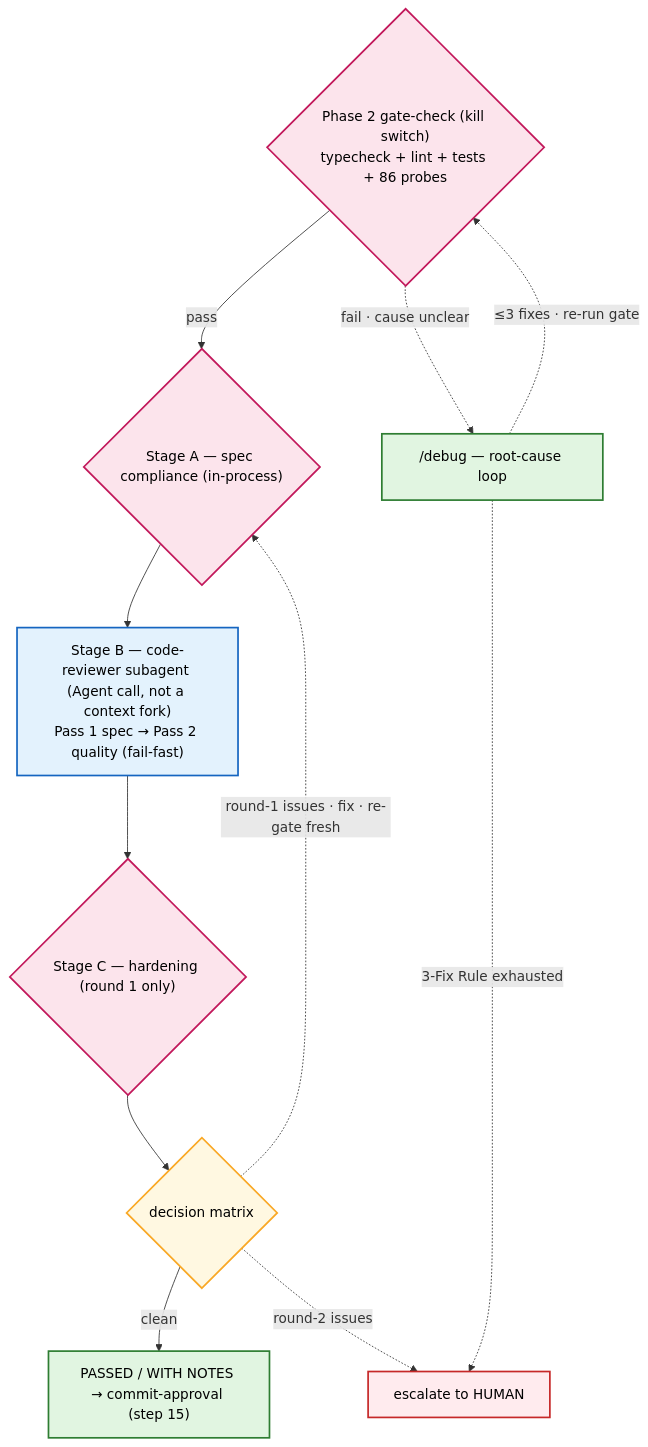
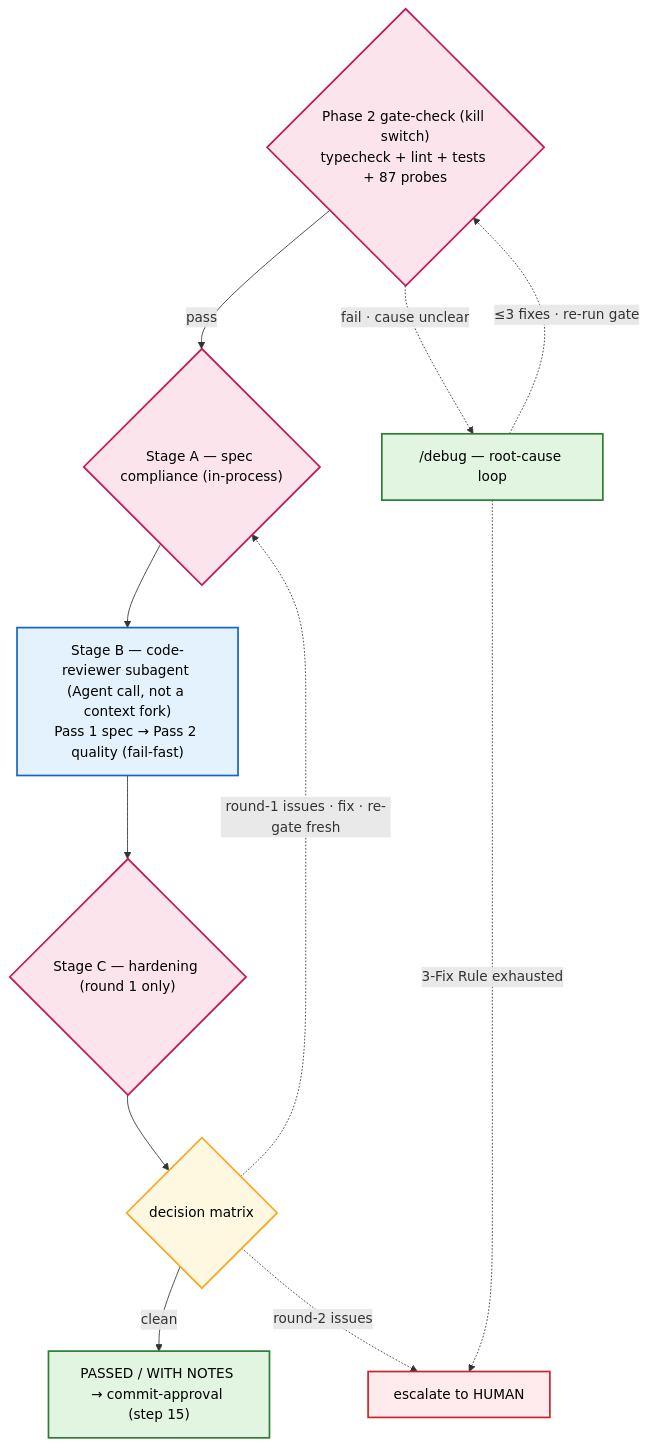
Before and after one commit to nesquikm/dev-process-toolkit: the fourth of 6 diagrams in plugins/dev-process-toolkit/docs/workflow-overview.md, drawn with Mermaid. The commit also changed other lines of this file and 36 other files, not shown here.

````diff
--- a/plugins/dev-process-toolkit/docs/workflow-overview.md
+++ b/plugins/dev-process-toolkit/docs/workflow-overview.md
@@ -124,25 +124,25 @@
 ```mermaid
 flowchart TD
     classDef eval fill:#fce4ec,stroke:#c2185b,stroke-width:2px,color:#000
     classDef fork fill:#e3f2fd,stroke:#1565c0,stroke-width:2px,color:#000
     classDef gate fill:#fff8e1,stroke:#f9a825,stroke-width:2px,color:#000
     classDef skill fill:#e1f5e1,stroke:#2e7d32,stroke-width:2px,color:#000
     classDef esc fill:#ffebee,stroke:#c62828,stroke-width:2px,color:#000
 
-    gate{"Phase 2 gate-check (kill switch)<br/>typecheck + lint + tests + 86 probes"}:::eval
+    gate{"Phase 2 gate-check (kill switch)<br/>typecheck + lint + tests + 87 probes"}:::eval
     debug["/debug — root-cause loop"]:::skill
     stageA{"Stage A — spec compliance (in-process)"}:::eval
     stageB["Stage B — code-reviewer subagent (Agent call, not a context fork)<br/>Pass 1 spec → Pass 2 quality (fail-fast)"]:::fork
     stageC{"Stage C — hardening (round 1 only)"}:::eval
     decide{"decision matrix"}:::gate
     pass["PASSED / WITH NOTES → commit-approval (step 15)"]:::skill
     esc["escalate to HUMAN"]:::esc
 
     gate -->|"pass"| stageA --> stageB --> stageC --> decide
     gate -.->|"fail · cause unclear"| debug
     debug -.->|"≤3 fixes · re-run gate"| gate
     debug -.->|"3-Fix Rule exhausted"| esc
     decide -->|"clean"| pass
     decide -.->|"round-1 issues · fix · re-gate fresh"| stageA
     decide -.->|"round-2 issues"| esc
 ```
````
